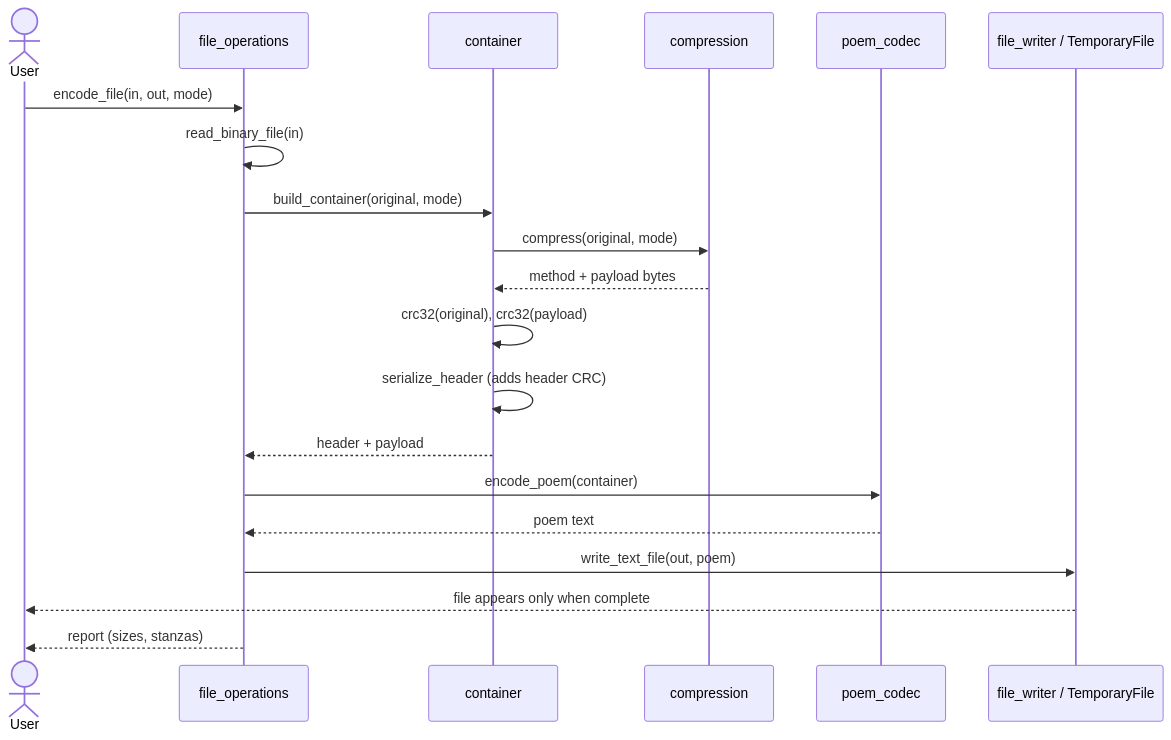
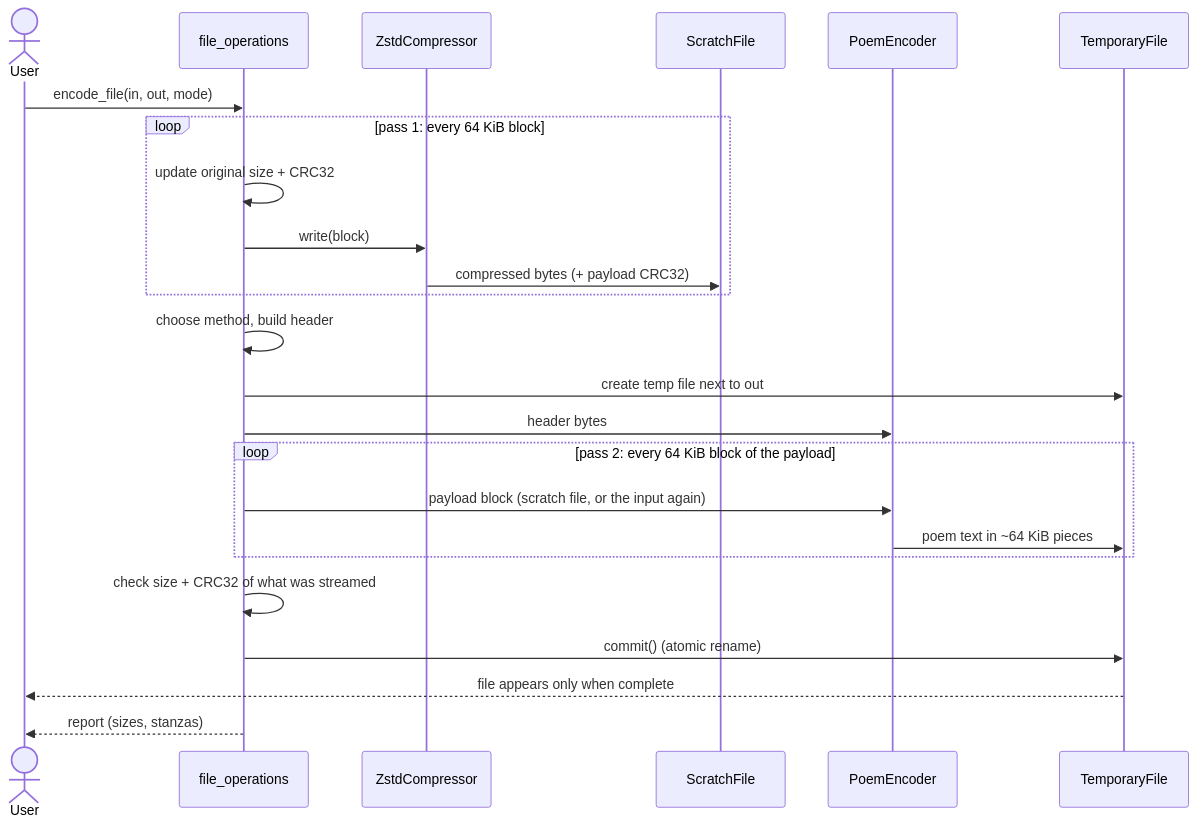
The third of 7 diagrams in docs/en/main-flow.md (Viole1/bard-zip), drawn with Mermaid before and after one commit. The commit also changed other lines of this file and 36 other files, not shown here.

````diff
--- a/docs/en/main-flow.md
+++ b/docs/en/main-flow.md
@@ -42,22 +44,26 @@
 ```mermaid
 sequenceDiagram
     actor U as User
     participant FO as file_operations
-    participant CT as container
-    participant CP as compression
-    participant PC as poem_codec
-    participant IO as file_writer / TemporaryFile
+    participant CP as ZstdCompressor
+    participant SC as ScratchFile
+    participant PC as PoemEncoder
+    participant IO as TemporaryFile
     U->>FO: encode_file(in, out, mode)
-    FO->>FO: read_binary_file(in)
-    FO->>CT: build_container(original, mode)
-    CT->>CP: compress(original, mode)
-    CP-->>CT: method + payload bytes
-    CT->>CT: crc32(original), crc32(payload)
-    CT->>CT: serialize_header (adds header CRC)
-    CT-->>FO: header + payload
-    FO->>PC: encode_poem(container)
-    PC-->>FO: poem text
-    FO->>IO: write_text_file(out, poem)
+    loop pass 1: every 64 KiB block
+        FO->>FO: update original size + CRC32
+        FO->>CP: write(block)
+        CP->>SC: compressed bytes (+ payload CRC32)
+    end
+    FO->>FO: choose method, build header
+    FO->>IO: create temp file next to out
+    FO->>PC: header bytes
+    loop pass 2: every 64 KiB block of the payload
+        FO->>PC: payload block (scratch file, or the input again)
+        PC->>IO: poem text in ~64 KiB pieces
+    end
+    FO->>FO: check size + CRC32 of what was streamed
+    FO->>IO: commit() (atomic rename)
     IO-->>U: file appears only when complete
     FO-->>U: report (sizes, stanzas)
 ```
````
